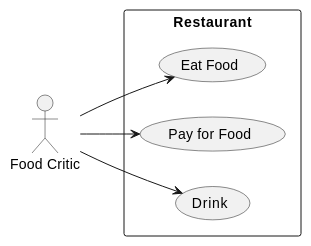
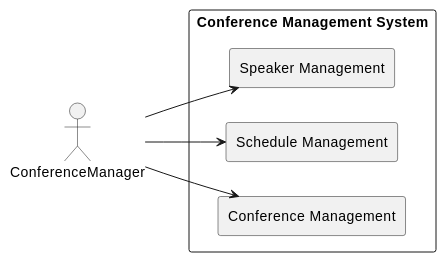
One commit to avenwhite/teta changed the diagram in docs/README.md. Above: the diagram before and after it, drawn with PlantUML. The commit also changed other lines of this file and 2 other files, not shown here.

````diff
--- a/docs/README.md
+++ b/docs/README.md
@@ -76,14 +80,14 @@
 ```plantuml
 @startuml
 left to right direction
-actor "Food Critic" as fc
-rectangle Restaurant {
-  usecase "Eat Food" as UC1
-  usecase "Pay for Food" as UC2
-  usecase "Drink" as UC3
+actor ConferenceManager
+rectangle "Conference Management System" {
+  rectangle "Speaker Management" as SpeakerManagement
+  rectangle "Schedule Management" as ScheduleManagement
+  rectangle "Conference Management" as ConferenceManagement
+  ConferenceManager --> SpeakerManagement
+  ConferenceManager --> ScheduleManagement
+  ConferenceManager --> ConferenceManagement
 }
-fc --> UC1
-fc --> UC2
-fc --> UC3
 @enduml
 ```
````
